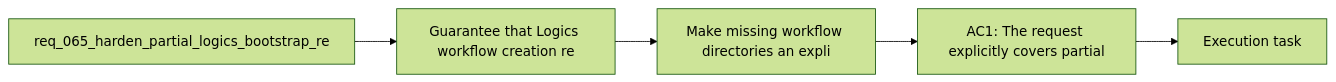
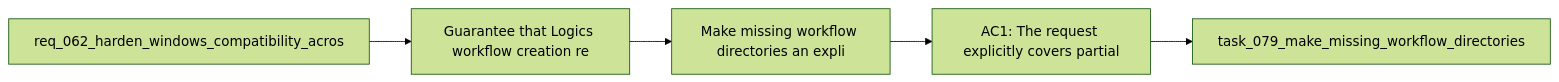
Before and after one commit to AlexAgo83/logics-manager: the diagram in logics/backlog/item_085_make_missing_workflow_directories_an_explicit_self_healing_logics_contract.md, drawn with Mermaid (forest theme). The commit also changed 481 other files, not shown here.

Commit message:
Normalize Logics docs and workflow indicators

````diff
--- a/logics/backlog/item_085_make_missing_workflow_directories_an_explicit_self_healing_logics_contract.md
+++ b/logics/backlog/item_085_make_missing_workflow_directories_an_explicit_self_healing_logics_contract.md
@@ -23,9 +23,9 @@
 ```mermaid
 %% logics-kind: backlog
 %% logics-signature: backlog|make-missing-workflow-directories-an-exp|req-062-harden-windows-compatibility-acr|guarantee-that-logics-workflow-creation-|ac1-the-request-explicitly-covers-partia
 flowchart LR
-    Request[req_065_harden_partial_logics_bootstrap_re] --> Problem[Guarantee that Logics workflow creation re]
+    Request[req_062_harden_windows_compatibility_acros] --> Problem[Guarantee that Logics workflow creation re]
     Problem --> Scope[Make missing workflow directories an expli]
     Scope --> Acceptance[AC1: The request explicitly covers partial]
-    Acceptance --> Tasks[Execution task]
+    Acceptance --> Tasks[task_079_make_missing_workflow_directories]
 ```
````
